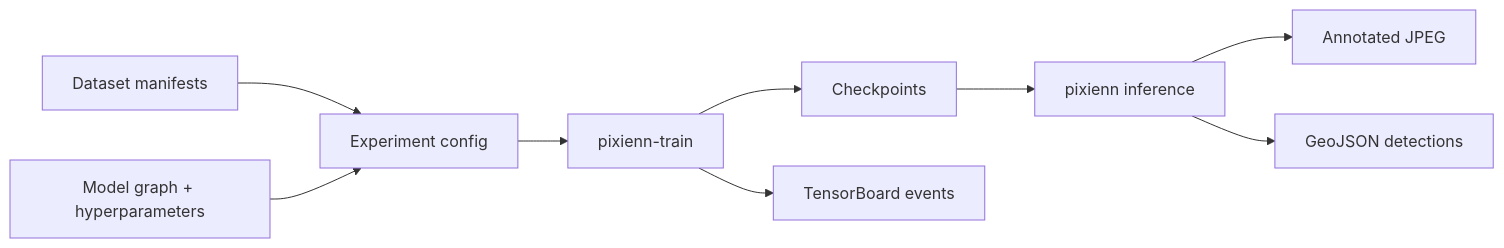
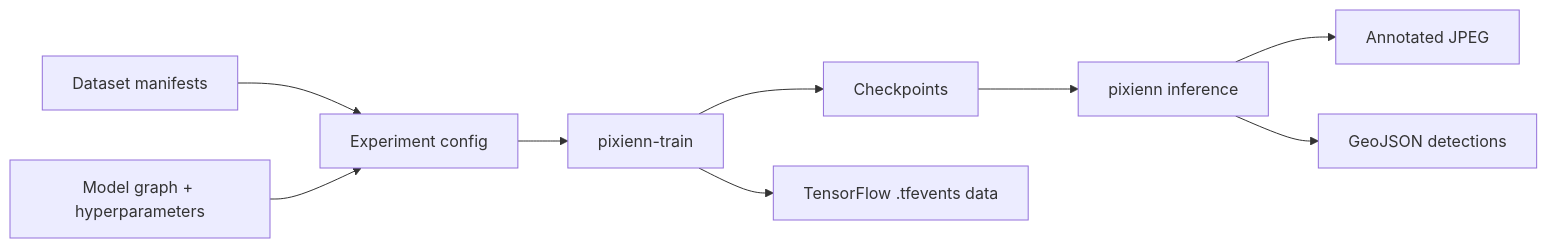
One commit to trieck/pixienn changed the diagram in README.md. Above: the diagram before and after it, drawn with Mermaid. The commit also changed other lines of this file and 23 other files, not shown here.

````diff
--- a/README.md
+++ b/README.md
@@ -234,11 +239,11 @@
 ```mermaid
 flowchart LR
     A[Dataset manifests] --> C[Experiment config]
     B[Model graph + hyperparameters] --> C
     C --> D[pixienn-train]
     D --> E[Checkpoints]
-    D --> F[TensorBoard events]
+    D --> F[TensorFlow .tfevents data]
     E --> G[pixienn inference]
     G --> H[Annotated JPEG]
     G --> I[GeoJSON detections]
 ```
````
